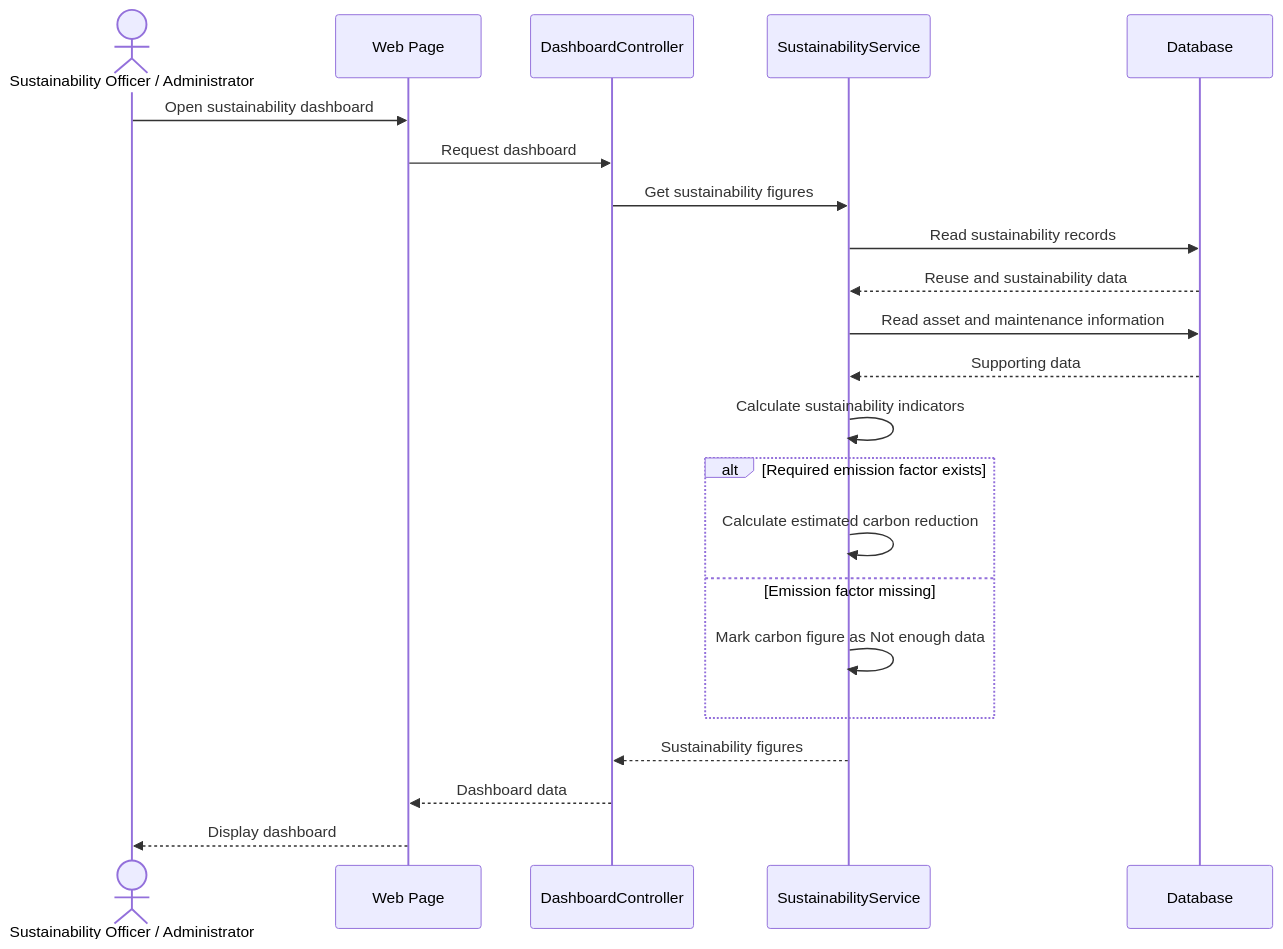
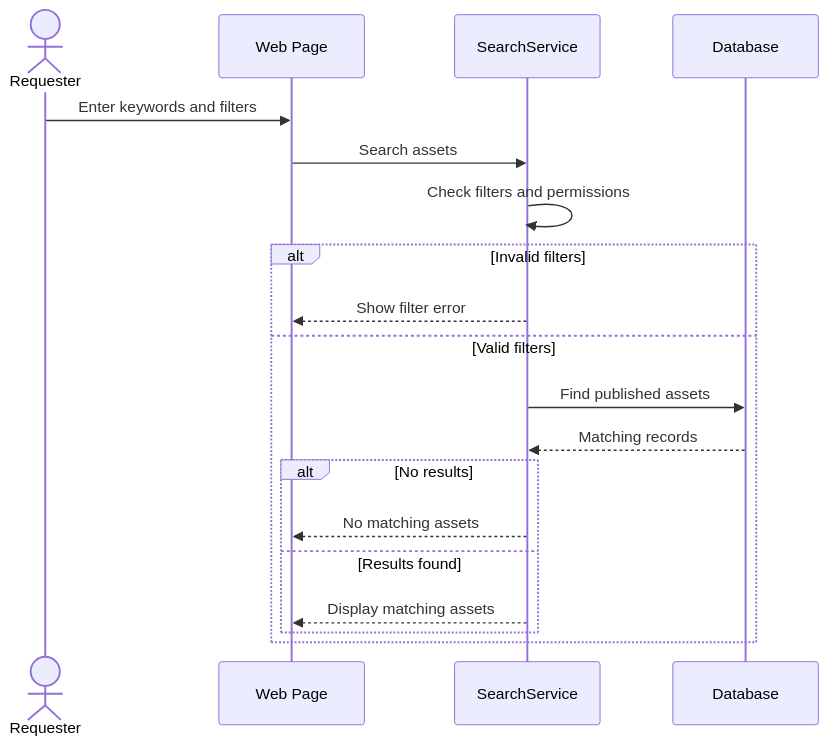
Before and after one commit to Abdulla66541/COSC336-GROUP5: the sixth of 12 diagrams in phase 4-5/01_part1_assets_marketplace_requests.md, drawn with Mermaid. The commit also changed other lines of this file, not shown here.

````diff
--- a/phase 4-5/01_part1_assets_marketplace_requests.md
+++ b/phase 4-5/01_part1_assets_marketplace_requests.md
@@ -331,27 +277,24 @@
 ```mermaid
 sequenceDiagram
-    actor U as Sustainability Officer / Administrator
+    actor RQ as Requester
     participant UI as Web Page
-    participant DC as DashboardController
-    participant SS as SustainabilityService
+    participant S as SearchService
     participant DB as Database
 
-    U->>UI: Open sustainability dashboard
-    UI->>DC: Request dashboard
-    DC->>SS: Get sustainability figures
-    SS->>DB: Read sustainability records
-    DB-->>SS: Reuse and sustainability data
-    SS->>DB: Read asset and maintenance information
-    DB-->>SS: Supporting data
-    SS->>SS: Calculate sustainability indicators
+    RQ->>UI: Enter keywords and filters
+    UI->>S: Search assets
+    S->>S: Check filters and permissions
 
-    alt Required emission factor exists
-        SS->>SS: Calculate estimated carbon reduction
-    else Emission factor missing
-        SS->>SS: Mark carbon figure as Not enough data
+    alt Invalid filters
+        S-->>UI: Show filter error
+    else Valid filters
+        S->>DB: Find published assets
+        DB-->>S: Matching records
+
+        alt No results
+            S-->>UI: No matching assets
+        else Results found
+            S-->>UI: Display matching assets
+        end
     end
-
-    SS-->>DC: Sustainability figures
-    DC-->>UI: Dashboard data
-    UI-->>U: Display dashboard
 ```
````
